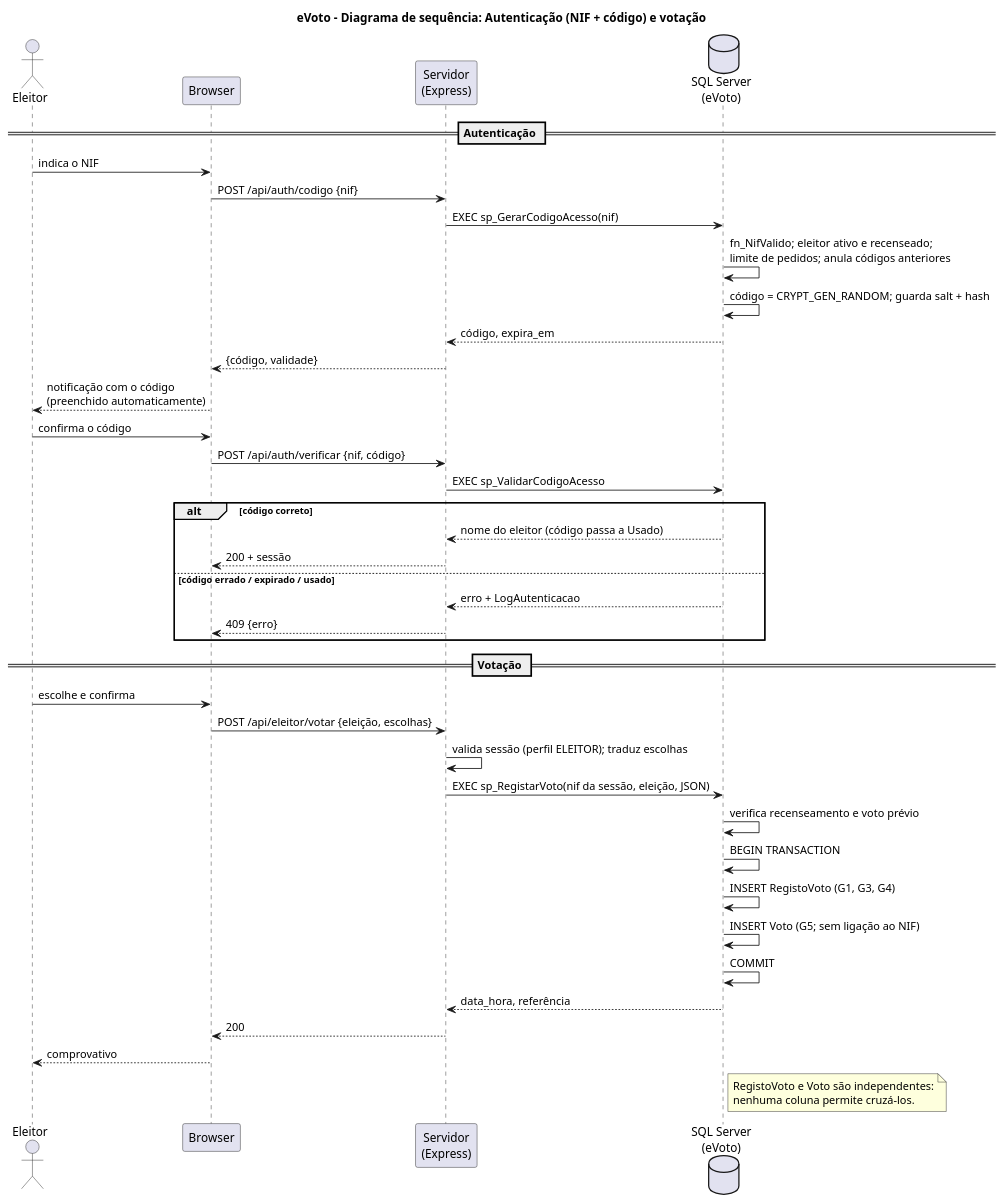
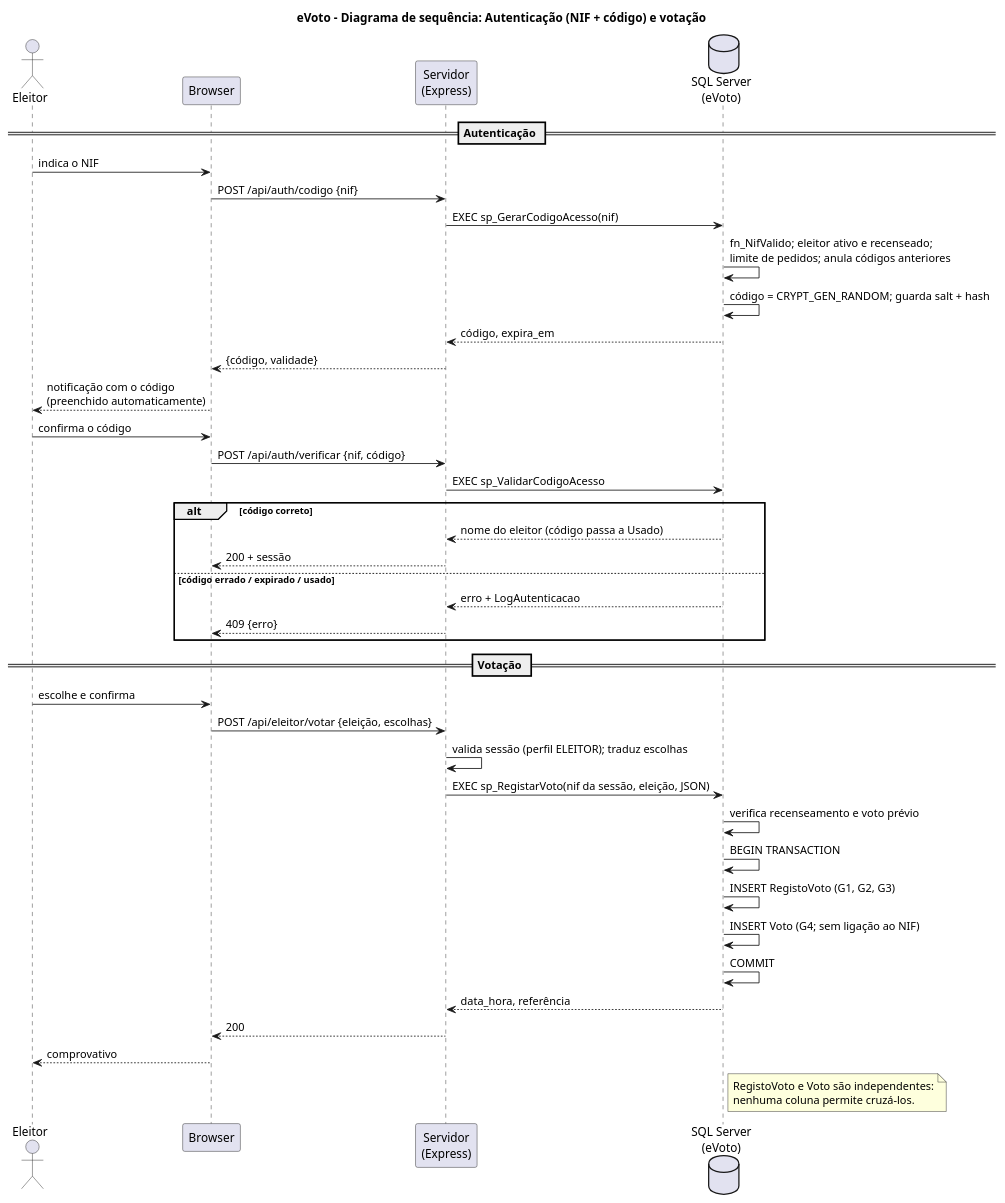
The diagram in docs/uml/04_sequencia_votar.puml (Prreira/BDD_Project), drawn with PlantUML before and after one commit. The commit also changed 25 other files, not shown here.

```diff
--- a/docs/uml/04_sequencia_votar.puml
+++ b/docs/uml/04_sequencia_votar.puml
@@ -1,45 +1,45 @@
 @startuml
 title eVoto - Diagrama de sequência: Autenticação (NIF + código) e votação
 actor Eleitor
 participant "Browser" as B
 participant "Servidor\n(Express)" as S
 database "SQL Server\n(eVoto)" as DB
 
 == Autenticação ==
 Eleitor -> B : indica o NIF
 B -> S : POST /api/auth/codigo {nif}
 S -> DB : EXEC sp_GerarCodigoAcesso(nif)
 DB -> DB : fn_NifValido; eleitor ativo e recenseado;\nlimite de pedidos; anula códigos anteriores
 DB -> DB : código = CRYPT_GEN_RANDOM; guarda salt + hash
 DB --> S : código, expira_em
 S --> B : {código, validade}
 B --> Eleitor : notificação com o código\n(preenchido automaticamente)
 Eleitor -> B : confirma o código
 B -> S : POST /api/auth/verificar {nif, código}
 S -> DB : EXEC sp_ValidarCodigoAcesso
 alt código correto
   DB --> S : nome do eleitor (código passa a Usado)
   S --> B : 200 + sessão
 else código errado / expirado / usado
   DB --> S : erro + LogAutenticacao
   S --> B : 409 {erro}
 end
 
 == Votação ==
 Eleitor -> B : escolhe e confirma
 B -> S : POST /api/eleitor/votar {eleição, escolhas}
 S -> S : valida sessão (perfil ELEITOR); traduz escolhas
 S -> DB : EXEC sp_RegistarVoto(nif da sessão, eleição, JSON)
 DB -> DB : verifica recenseamento e voto prévio
 DB -> DB : BEGIN TRANSACTION
-DB -> DB : INSERT RegistoVoto (G1, G3, G4)
-DB -> DB : INSERT Voto (G5; sem ligação ao NIF)
+DB -> DB : INSERT RegistoVoto (G1, G2, G3)
+DB -> DB : INSERT Voto (G4; sem ligação ao NIF)
 DB -> DB : COMMIT
 DB --> S : data_hora, referência
 S --> B : 200
 B --> Eleitor : comprovativo
 note right of DB
   RegistoVoto e Voto são independentes:
   nenhuma coluna permite cruzá-los.
 end note
 @enduml
```
